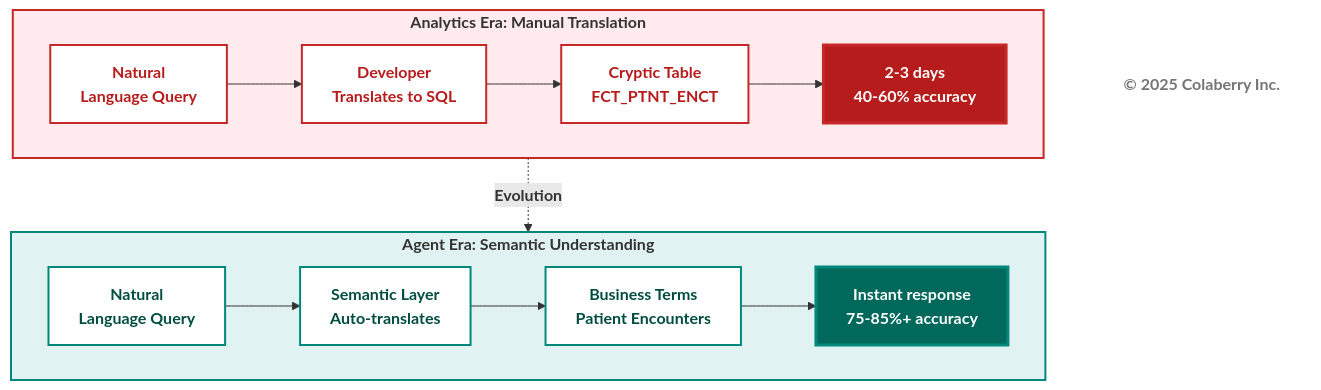
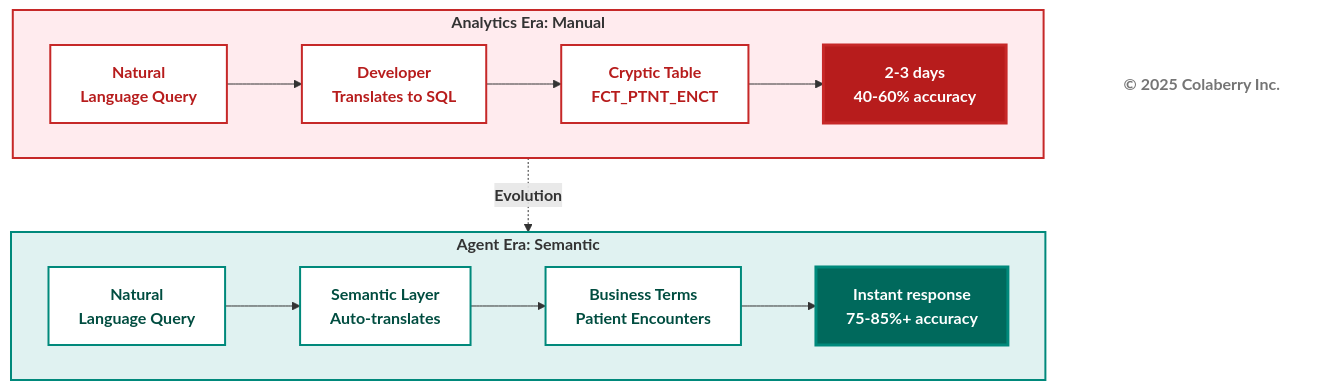
One commit to colaberry/enterprise-data-readiness-ai-agents changed the fifth of 9 diagrams in chapter-00/chapter_00_complete.md. Above: the diagram before and after it, drawn with Mermaid. The commit also changed other lines of this file, not shown here.

````diff
--- a/chapter-00/chapter_00_complete.md
+++ b/chapter-00/chapter_00_complete.md
@@ -421,35 +430,35 @@
 ```mermaid
 graph TB
-    subgraph ERA1["<b>Analytics Era: Manual Translation</b>"]
+    subgraph ERA1["<b>Analytics Era: Manual</b>"]
         direction LR
         A1["<b>Natural<br/>Language Query</b>"] --> B1["<b>Developer<br/>Translates to SQL</b>"]
         B1 --> C1["<b>Cryptic Table<br/>FCT_PTNT_ENCT</b>"]
         C1 --> D1["<b>2-3 days<br/>40-60% accuracy</b>"]
         
         style D1 fill:#b71c1c,color:#ffffff,stroke:#c62828,stroke-width:3px
     end
     
     ERA1 -.->|<b>Evolution</b>| ERA2
     
-    subgraph ERA2["<b>Agent Era: Semantic Understanding</b>"]
+    subgraph ERA2["<b>Agent Era: Semantic</b>"]
         direction LR
         A2["<b>Natural<br/>Language Query</b>"] --> B2["<b>Semantic Layer<br/>Auto-translates</b>"]
         B2 --> C2["<b>Business Terms<br/>Patient Encounters</b>"]
         C2 --> D2["<b>Instant response<br/>75-85%+ accuracy</b>"]
         
         style D2 fill:#00695c,color:#ffffff,stroke:#00897b,stroke-width:3px
     end
     
     style ERA1 fill:#ffebee,stroke:#c62828,stroke-width:2px
     style A1 fill:#ffffff,stroke:#c62828,stroke-width:2px,color:#b71c1c
     style B1 fill:#ffffff,stroke:#c62828,stroke-width:2px,color:#b71c1c
     style C1 fill:#ffffff,stroke:#c62828,stroke-width:2px,color:#b71c1c
     
     style ERA2 fill:#e0f2f1,stroke:#00897b,stroke-width:2px
     style A2 fill:#ffffff,stroke:#00897b,stroke-width:2px,color:#004d40
     style B2 fill:#ffffff,stroke:#00897b,stroke-width:2px,color:#004d40
     style C2 fill:#ffffff,stroke:#00897b,stroke-width:2px,color:#004d40
     
     Copyright["<b>© 2025 Colaberry Inc.</b>"]
     style Copyright fill:#ffffff,stroke:none,color:#757575
 ```
````
